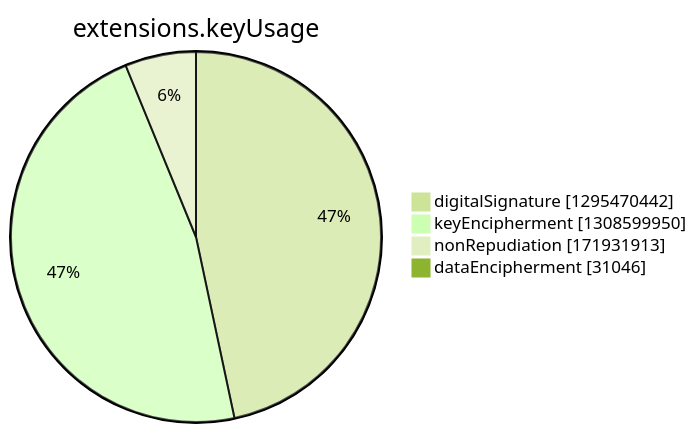
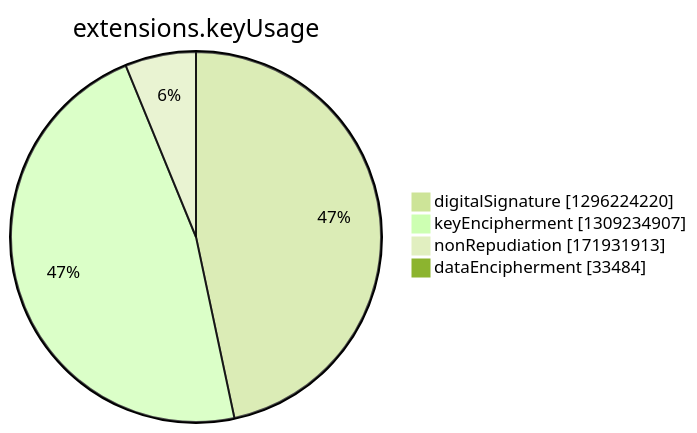
The seventh of 15 diagrams in argon2022/README.md (christiankrug/ctmonitor_visualization), drawn with Mermaid (forest theme) before and after one commit. The commit also changed other lines of this file, not shown here.

````diff
--- a/argon2022/README.md
+++ b/argon2022/README.md
@@ -2749,8 +2749,8 @@
 ```mermaid
 pie showData
 title extensions.keyUsage
-"digitalSignature" :1295470442
-"keyEncipherment" :1308599950
+"digitalSignature" :1296224220
+"keyEncipherment" :1309234907
 "nonRepudiation" :171931913
-"dataEncipherment" :31046
+"dataEncipherment" :33484
 ```
````
